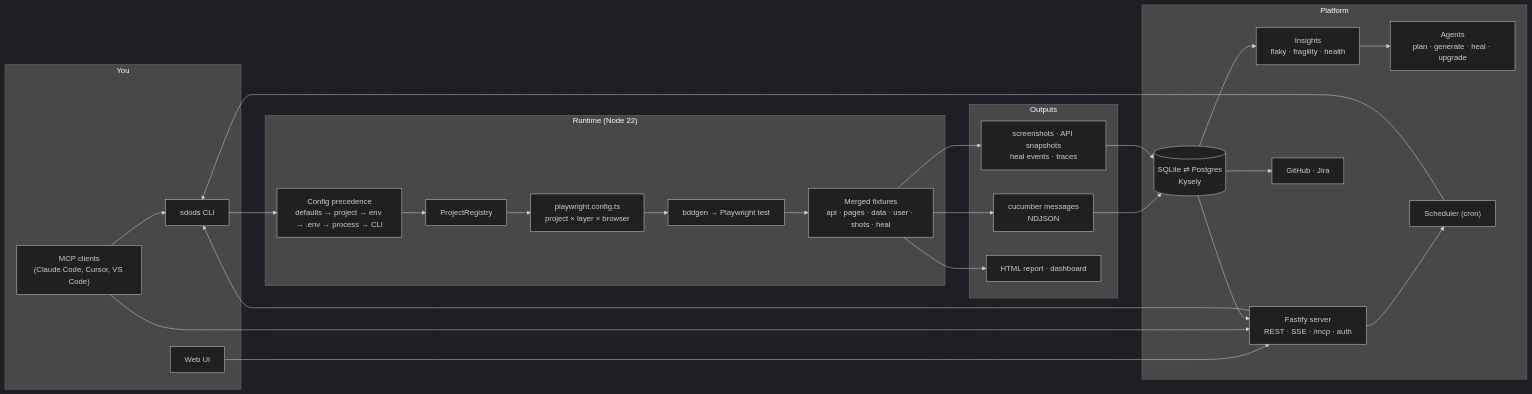
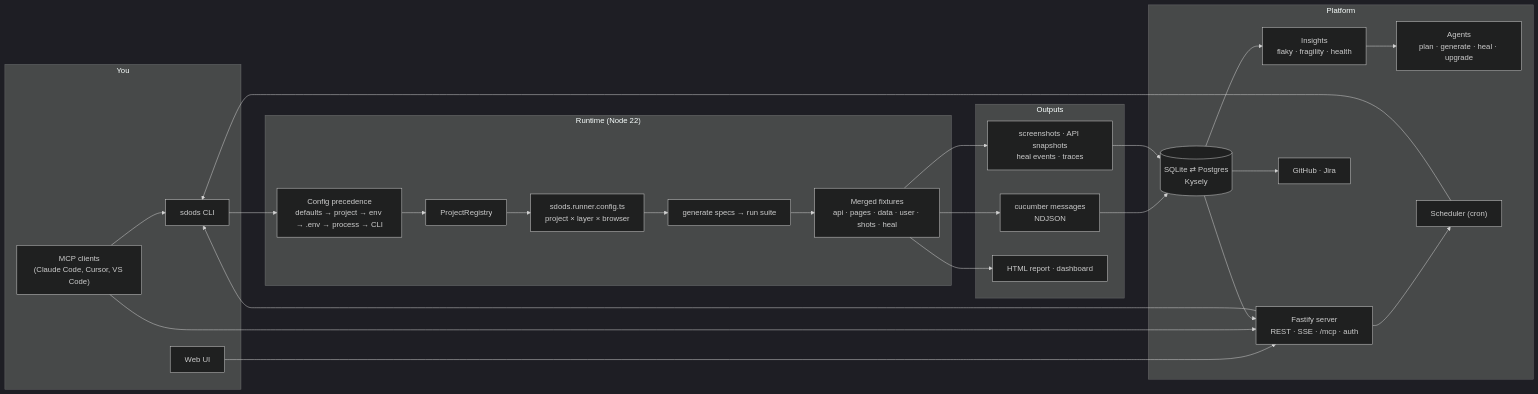
One commit to YarlisAISolutions/SDODS changed the first of 2 diagrams in README.md. Above: the diagram before and after it, drawn with Mermaid (dark theme). The commit also changed other lines of this file and 18 other files, not shown here.

````diff
--- a/README.md
+++ b/README.md
@@ -125,38 +123,38 @@
 ```mermaid
 flowchart LR
   subgraph you["You"]
     CLI["sdods CLI"]
     UI["Web UI"]
     MCPc["MCP clients<br/>(Claude Code, Cursor, VS Code)"]
   end
   subgraph runtime["Runtime (Node 22)"]
     CFG["Config precedence<br/>defaults → project → env → .env → process → CLI"]
     REG["ProjectRegistry"]
-    PW["playwright.config.ts<br/>project × layer × browser"]
-    BDD["bddgen → Playwright test"]
+    PW["sdods.runner.config.ts<br/>project × layer × browser"]
+    BDD["generate specs → run suite"]
     FIX["Merged fixtures<br/>api · pages · data · user · shots · heal"]
   end
   subgraph out["Outputs"]
     NDJ["cucumber messages<br/>NDJSON"]
     ART["screenshots · API snapshots<br/>heal events · traces"]
     HTML["HTML report · dashboard"]
   end
   subgraph platform["Platform"]
     DB[("SQLite ⇄ Postgres<br/>Kysely")]
     SRV["Fastify server<br/>REST · SSE · /mcp · auth"]
     INS["Insights<br/>flaky · fragility · health"]
     AG["Agents<br/>plan · generate · heal · upgrade"]
     INT["GitHub · Jira"]
     SCH["Scheduler (cron)"]
   end
   CLI --> CFG --> REG --> PW --> BDD --> FIX
   UI --> SRV --> CLI
   MCPc --> SRV
   MCPc --> CLI
   FIX --> NDJ & ART & HTML
   NDJ --> DB --> INS --> AG
   ART --> DB
   DB --> SRV
   SRV --> SCH --> CLI
   DB --> INT
 ```
````
